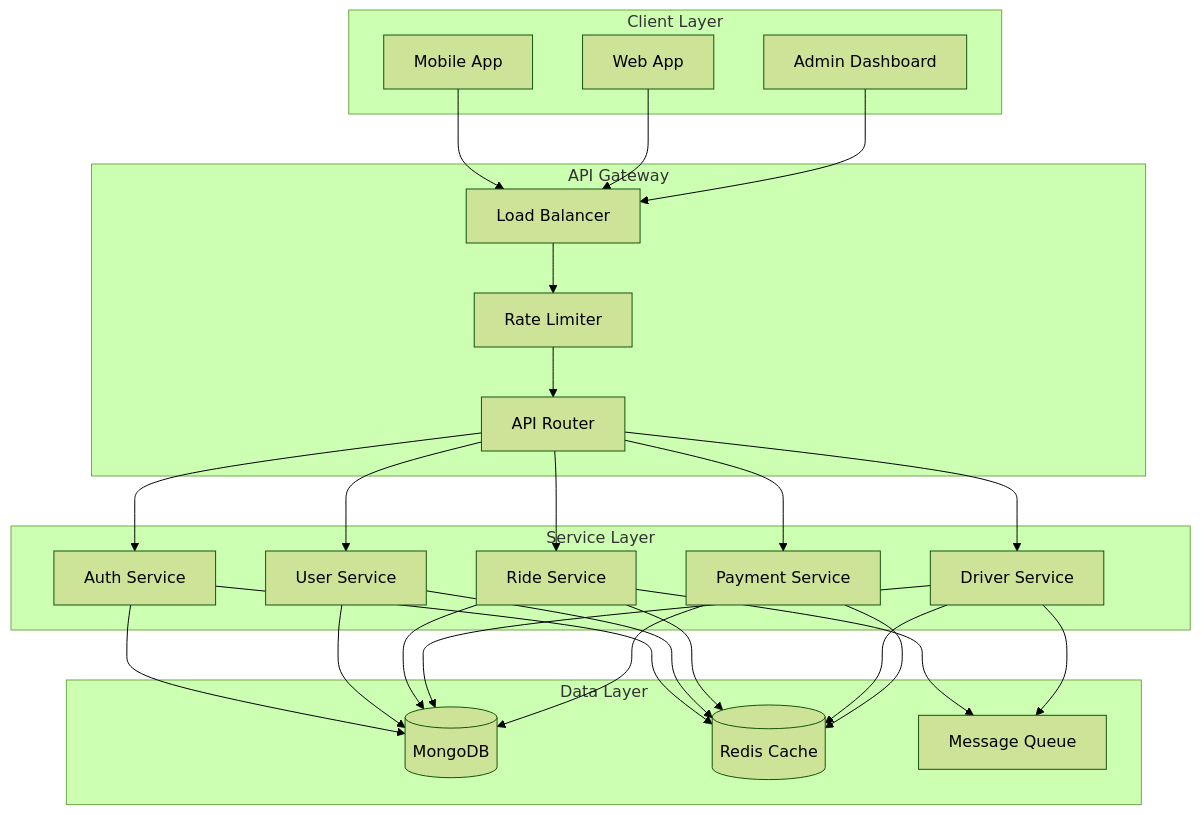
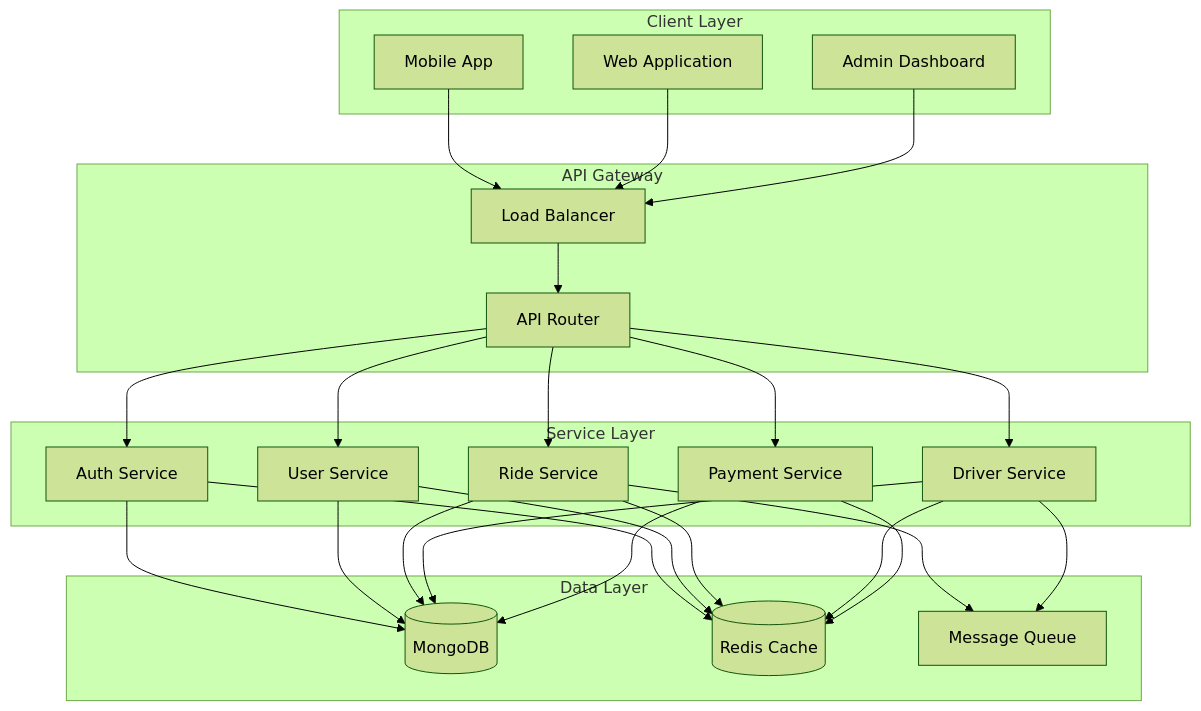
Before and after one commit to zahid-official/milestone-17-server: the first of 2 diagrams in README.md, drawn with Mermaid (forest theme). The commit also changed other lines of this file, not shown here.

````diff
--- a/README.md
+++ b/README.md
@@ -86,35 +86,34 @@
 ```mermaid
 graph TB
     subgraph "Client Layer"
         A[Mobile App]
-        B[Web App]
+        B[Web Application]
         C[Admin Dashboard]
     end
 
     subgraph "API Gateway"
         D[Load Balancer]
-        E[Rate Limiter]
         F[API Router]
     end
 
     subgraph "Service Layer"
         G[Auth Service]
         H[User Service]
         I[Ride Service]
         J[Driver Service]
         K[Payment Service]
     end
 
     subgraph "Data Layer"
         L[(MongoDB)]
         M[(Redis Cache)]
         N[Message Queue]
     end
 
     A & B & C --> D
-    D --> E --> F
+    D --> F
     F --> G & H & I & J & K
     G & H & I & J & K --> L
     G & H & I & J & K --> M
     I & J --> N
 ```
````
